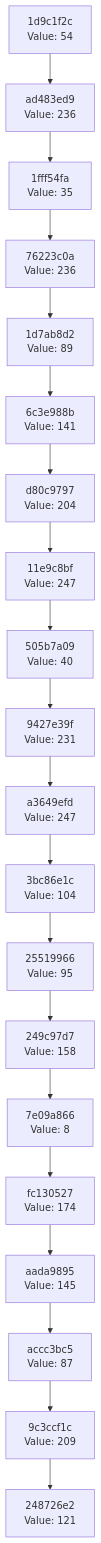
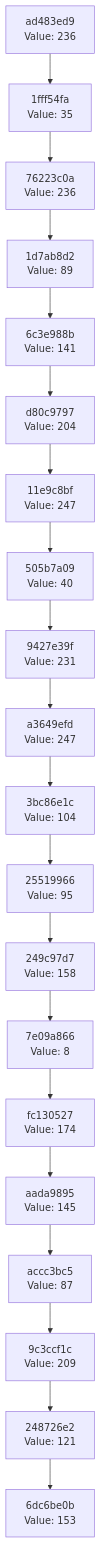
The diagram in docs/CHAIN_VISUALIZATION.md (Abhisheksinha1506/hash-chain-evolver), drawn with Mermaid before and after one commit. The commit also changed 1 other file, not shown here.

Commit message:
Evolution Step

````diff
--- a/docs/CHAIN_VISUALIZATION.md
+++ b/docs/CHAIN_VISUALIZATION.md
@@ -3,42 +3,42 @@
 ```mermaid
 graph TD
-    C0["248726e2<br/>Value: 121"]
-    C1["9c3ccf1c<br/>Value: 209"]
+    C0["6dc6be0b<br/>Value: 153"]
+    C1["248726e2<br/>Value: 121"]
     C1 --> C0
-    C2["accc3bc5<br/>Value: 87"]
+    C2["9c3ccf1c<br/>Value: 209"]
     C2 --> C1
-    C3["aada9895<br/>Value: 145"]
+    C3["accc3bc5<br/>Value: 87"]
     C3 --> C2
-    C4["fc130527<br/>Value: 174"]
+    C4["aada9895<br/>Value: 145"]
     C4 --> C3
-    C5["7e09a866<br/>Value: 8"]
+    C5["fc130527<br/>Value: 174"]
     C5 --> C4
-    C6["249c97d7<br/>Value: 158"]
+    C6["7e09a866<br/>Value: 8"]
     C6 --> C5
-    C7["25519966<br/>Value: 95"]
+    C7["249c97d7<br/>Value: 158"]
     C7 --> C6
-    C8["3bc86e1c<br/>Value: 104"]
+    C8["25519966<br/>Value: 95"]
     C8 --> C7
-    C9["a3649efd<br/>Value: 247"]
+    C9["3bc86e1c<br/>Value: 104"]
     C9 --> C8
-    C10["9427e39f<br/>Value: 231"]
+    C10["a3649efd<br/>Value: 247"]
     C10 --> C9
-    C11["505b7a09<br/>Value: 40"]
+    C11["9427e39f<br/>Value: 231"]
     C11 --> C10
-    C12["11e9c8bf<br/>Value: 247"]
+    C12["505b7a09<br/>Value: 40"]
     C12 --> C11
-    C13["d80c9797<br/>Value: 204"]
+    C13["11e9c8bf<br/>Value: 247"]
     C13 --> C12
-    C14["6c3e988b<br/>Value: 141"]
+    C14["d80c9797<br/>Value: 204"]
     C14 --> C13
-    C15["1d7ab8d2<br/>Value: 89"]
+    C15["6c3e988b<br/>Value: 141"]
     C15 --> C14
-    C16["76223c0a<br/>Value: 236"]
+    C16["1d7ab8d2<br/>Value: 89"]
     C16 --> C15
-    C17["1fff54fa<br/>Value: 35"]
+    C17["76223c0a<br/>Value: 236"]
     C17 --> C16
-    C18["ad483ed9<br/>Value: 236"]
+    C18["1fff54fa<br/>Value: 35"]
     C18 --> C17
-    C19["1d9c1f2c<br/>Value: 54"]
+    C19["ad483ed9<br/>Value: 236"]
     C19 --> C18
 ```
````
